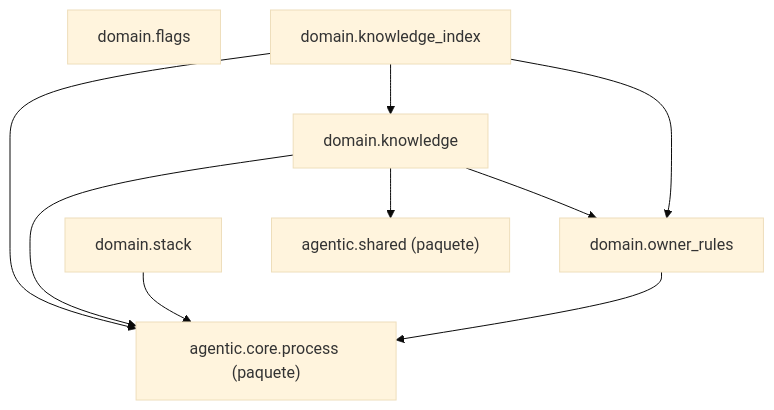
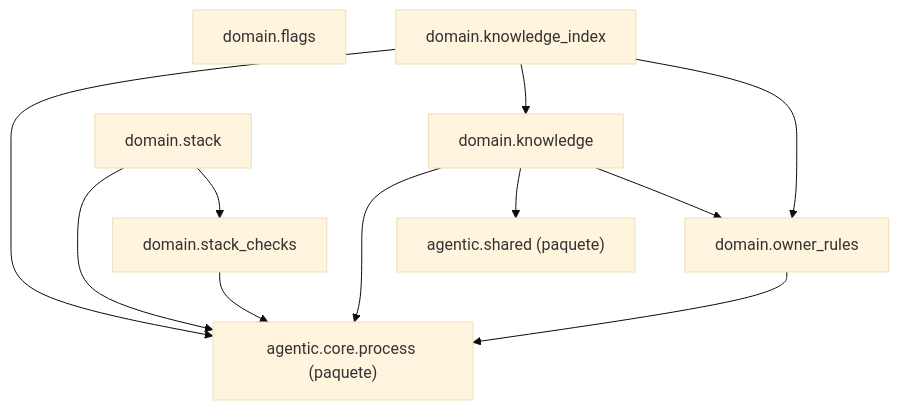
Before and after one commit to GonzaloZevallos/agentic-system: the diagram in docs/architecture/generated/packages-knowledge-domain.md, drawn with Mermaid (base theme). The commit also changed 22 other files, not shown here.

````diff
--- a/docs/architecture/generated/packages-knowledge-domain.md
+++ b/docs/architecture/generated/packages-knowledge-domain.md
@@ -7,18 +7,21 @@
 ```mermaid
 graph TD
     g_pkg__agentic__core__process["agentic.core.process (paquete)"]
     g_pkg__agentic__shared["agentic.shared (paquete)"]
     m_domain__flags["domain.flags"]
     m_domain__knowledge["domain.knowledge"]
     m_domain__knowledge_index["domain.knowledge_index"]
     m_domain__owner_rules["domain.owner_rules"]
     m_domain__stack["domain.stack"]
+    m_domain__stack_checks["domain.stack_checks"]
     m_domain__knowledge --> g_pkg__agentic__core__process
     m_domain__knowledge --> g_pkg__agentic__shared
     m_domain__knowledge --> m_domain__owner_rules
     m_domain__knowledge_index --> g_pkg__agentic__core__process
     m_domain__knowledge_index --> m_domain__knowledge
     m_domain__knowledge_index --> m_domain__owner_rules
     m_domain__owner_rules --> g_pkg__agentic__core__process
     m_domain__stack --> g_pkg__agentic__core__process
+    m_domain__stack --> m_domain__stack_checks
+    m_domain__stack_checks --> g_pkg__agentic__core__process
 ```
````
